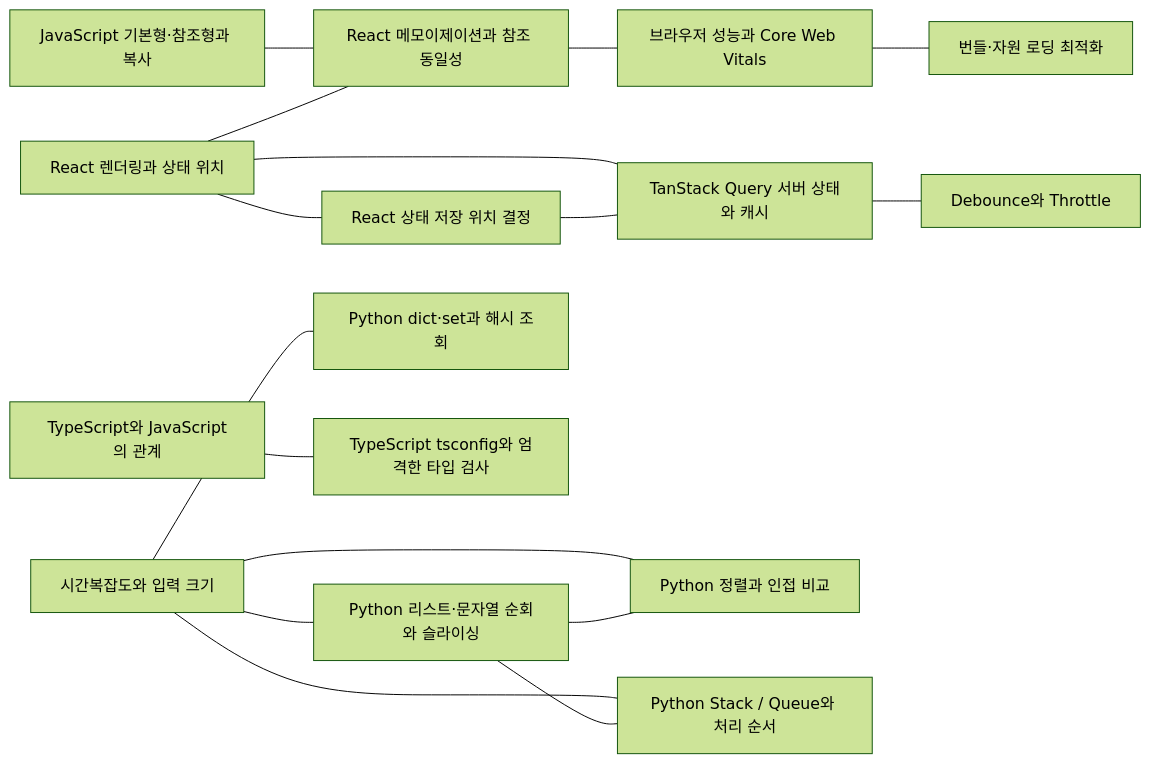
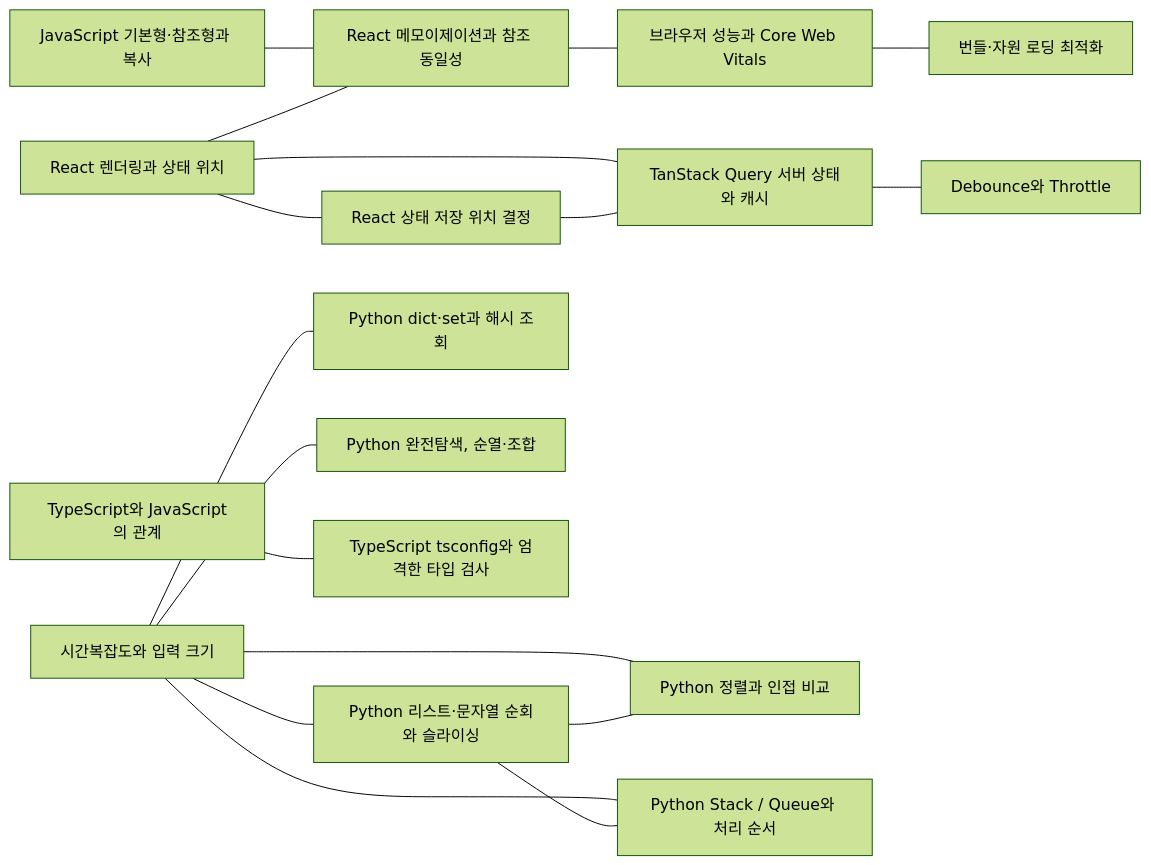
Before and after one commit to Dev-SangWoo/my-dev-wiki: the diagram in README.md, drawn with Mermaid (forest theme).

Commit message:
완전탐색 지식 연결 그래프 갱신

````diff
--- a/README.md
+++ b/README.md
@@ -15,34 +15,36 @@
 ```mermaid
 graph LR
     jsdata["JavaScript 기본형·참조형과 복사"]
     rendering["React 렌더링과 상태 위치"]
     state["React 상태 저장 위치 결정"]
     memo["React 메모이제이션과 참조 동일성"]
     query["TanStack Query 서버 상태와 캐시"]
     debounce["Debounce와 Throttle"]
     browser["브라우저 성능과 Core Web Vitals"]
     loading["번들·자원 로딩 최적화"]
     complexity["시간복잡도와 입력 크기"]
     pylist["Python 리스트·문자열 순회와 슬라이싱"]
     pyhash["Python dict·set과 해시 조회"]
     pysort["Python 정렬과 인접 비교"]
     pystack["Python Stack / Queue와 처리 순서"]
+    pybrute["Python 완전탐색, 순열·조합"]
     tsjs["TypeScript와 JavaScript의 관계"]
     tsconfig["TypeScript tsconfig와 엄격한 타입 검사"]
 
     jsdata --- memo
     rendering --- state
     rendering --- memo
     rendering --- query
     state --- query
     query --- debounce
     memo --- browser
     browser --- loading
     complexity --- pylist
     complexity --- pyhash
     complexity --- pysort
     complexity --- pystack
+    complexity --- pybrute
     pylist --- pysort
     pylist --- pystack
     tsjs --- tsconfig
 ```
````
